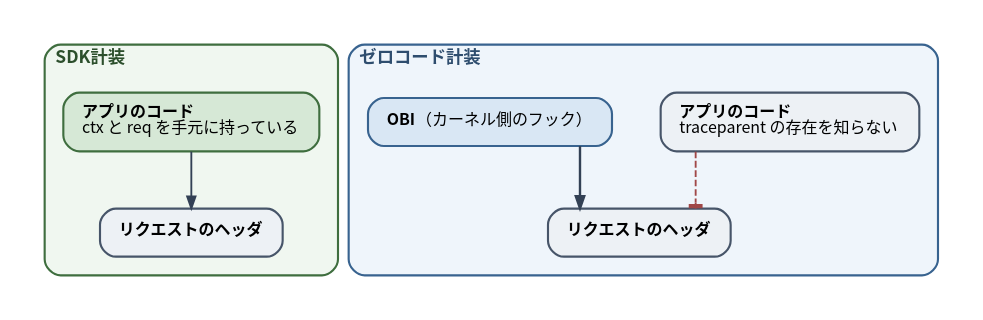
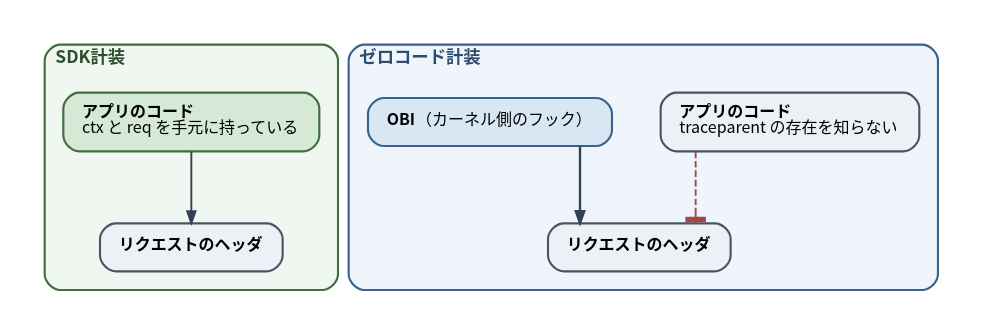
One commit to ymotongpoo/zenn.dev changed the diagram in diagrams/go-ebpf-primer/20260820-sdk-vs-zerocode.dot. Above: the diagram before and after it, drawn with Graphviz. The commit also changed 25 other files, not shown here.

First line of the commit message:
fix: 矢印の貫通・先端埋没・角丸切れ・窮屈さを修正（13図）

```diff
--- a/diagrams/go-ebpf-primer/20260820-sdk-vs-zerocode.dot
+++ b/diagrams/go-ebpf-primer/20260820-sdk-vs-zerocode.dot
@@ -1,53 +1,53 @@
 // 誰が traceparent を書き込むのか
 digraph sdk_vs_zerocode {
   graph [
     rankdir=TB, compound=true, splines=ortho,
     fontname="Harano Aji Gothic,Noto Sans CJK JP,IPAGothic", fontsize=13,
-    nodesep=0.5, ranksep=0.6,
+    nodesep=0.5, ranksep=0.75,
     bgcolor="white", pad=0.25, newrank=true
   ];
   node [
     fontname="Harano Aji Gothic,Noto Sans CJK JP,IPAGothic", fontsize=12,
     shape=box, style="rounded,filled",
     fillcolor="#F1F5F9", color="#475569", penwidth=1.6,
     margin="0.2,0.14"
   ];
   edge [
     fontname="Harano Aji Gothic,Noto Sans CJK JP,IPAGothic", fontsize=11,
     color="#334155", penwidth=1.4, arrowsize=0.9,
     fontcolor="#1E293B"
   ];
 
   subgraph cluster_l {
     label=<<b>SDK計装</b>>;
     fontcolor="#2C4F2C";
     style="rounded"; labeljust="l"; penwidth=1.6; margin=14;
     color="#3F6E3F"; bgcolor="#F0F7F0";
 
     appL [label=<<b>アプリのコード</b><br align="left"/>ctx と req を手元に持っている<br align="left"/>>,
           fillcolor="#D6E8D6", color="#3F6E3F"];
     hdrL [label=<<b>リクエストのヘッダ</b>>, fillcolor="#EDF1F5"];
 
     appL -> hdrL;
   }
 
   subgraph cluster_r {
     label=<<b>ゼロコード計装</b>>;
     fontcolor="#2E4D6E";
     style="rounded"; labeljust="l"; penwidth=1.6; margin=14;
     color="#38638F"; bgcolor="#EFF5FB";
 
     appR [label=<<b>アプリのコード</b><br align="left"/>traceparent の存在を知らない<br align="left"/>>,
           fillcolor="#EDF1F5"];
     obiR [label=<<b>OBI</b>（カーネル側のフック）>, fillcolor="#D9E7F4", color="#38638F"];
     hdrR [label=<<b>リクエストのヘッダ</b>>, fillcolor="#EDF1F5"];
 
     { rank=same; appR; obiR; }
 
-    appR -> hdrR [style=dashed, color="#A04848", arrowhead=tee];
+    appR -> hdrR [style=dashed, color="#A04848", arrowhead=tee, arrowsize=1.4];
     obiR -> hdrR [penwidth=1.8];
   }
 
   { rank=same; appL; appR; obiR; }
   { rank=same; hdrL; hdrR; }
 }
```
